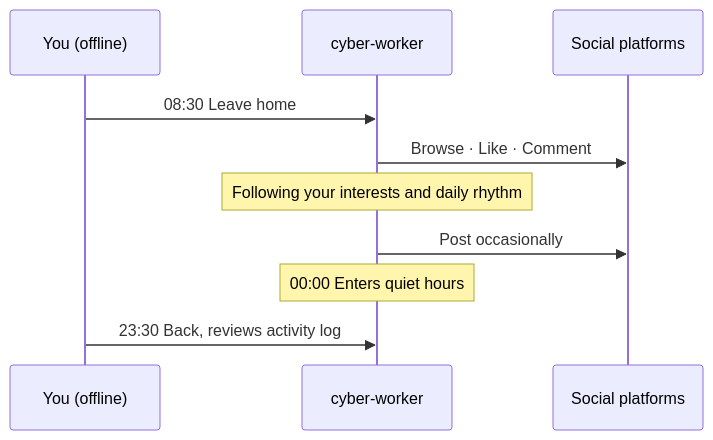
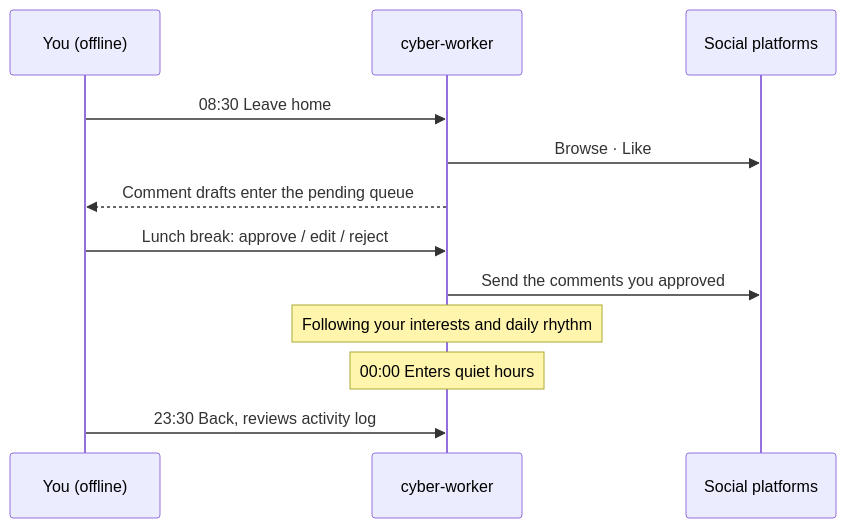
Before and after one commit to joshua1688/cyber-worker: the first of 3 diagrams in README.md, drawn with Mermaid. The commit also changed other lines of this file and 87 other files, not shown here.

````diff
--- a/README.md
+++ b/README.md
@@ -36,12 +38,14 @@
 ```mermaid
 sequenceDiagram
     participant U as You (offline)
     participant C as cyber-worker
     participant P as Social platforms
     U->>C: 08:30 Leave home
-    C->>P: Browse · Like · Comment
+    C->>P: Browse · Like
+    C-->>U: Comment drafts enter the pending queue
+    U->>C: Lunch break: approve / edit / reject
+    C->>P: Send the comments you approved
     Note over C: Following your interests and daily rhythm
-    C->>P: Post occasionally
     Note over C: 00:00 Enters quiet hours
     U->>C: 23:30 Back, reviews activity log
 ```
````
